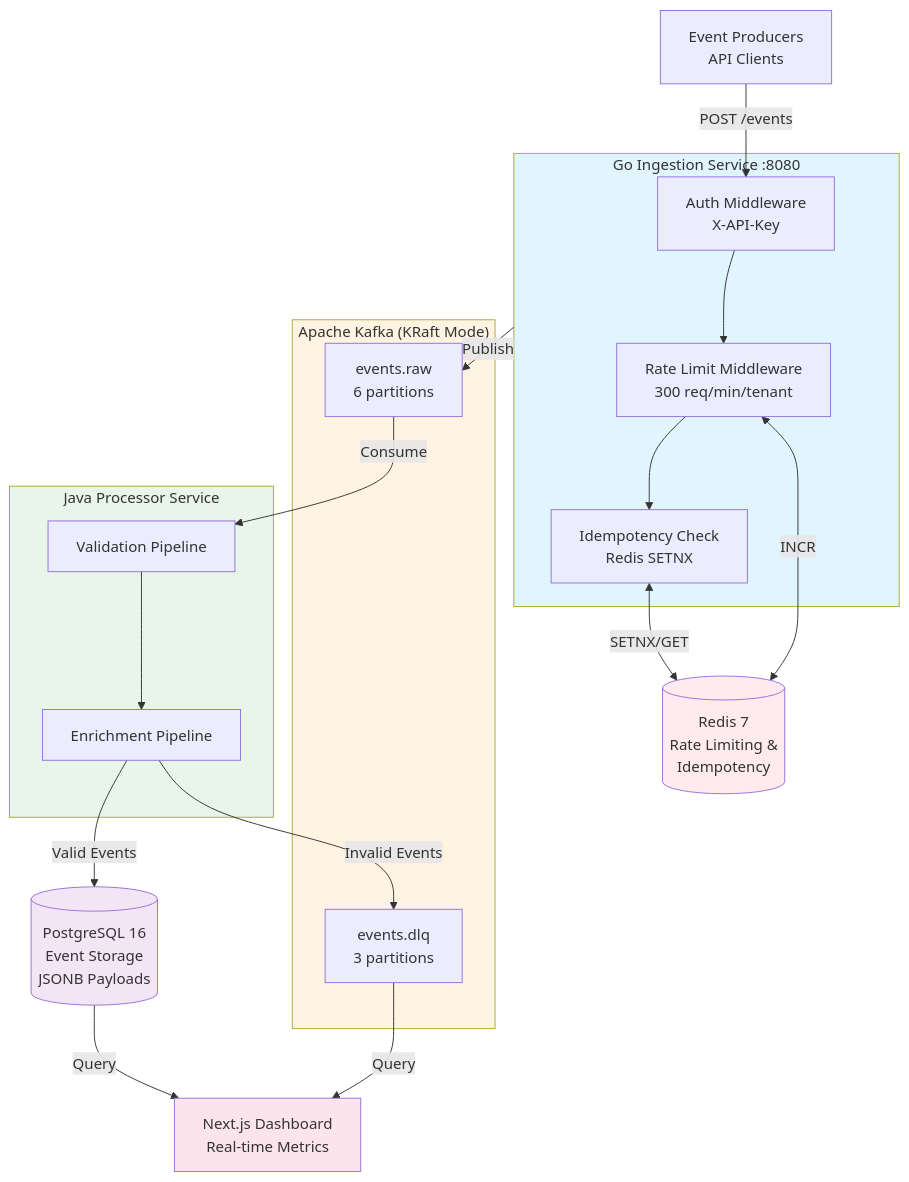
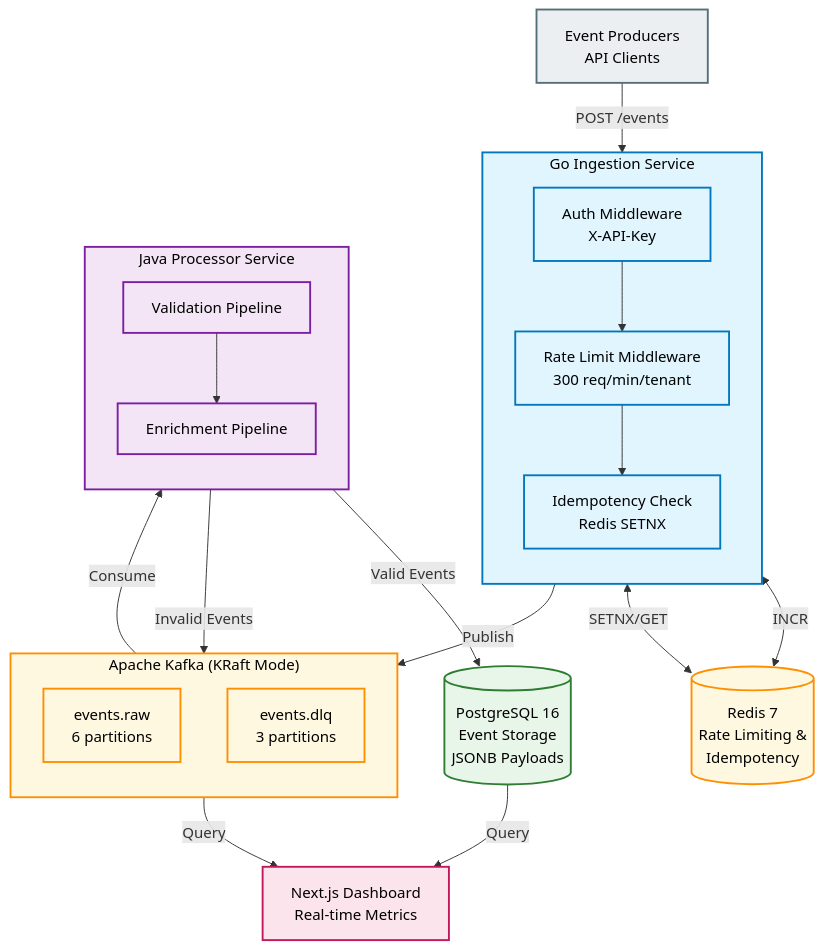
Before and after one commit to AnishK05/pulse-event-platform: the diagram in README.md, drawn with Mermaid.

Commit message:
updated readme v5

````diff
--- a/README.md
+++ b/README.md
@@ -26,45 +26,77 @@
 ```mermaid
-flowchart TB
-    Producers[Event Producers<br/>API Clients]
+flowchart TD
+    %% --- GLOBAL STYLING ---
+    %% All text colors forced to #000 (Black)
+
+    %% 1. Source Layer (Grey)
+    classDef source fill:#ECEFF1,stroke:#546E7A,stroke-width:2px,color:#000
     
-    subgraph Ingest["Go Ingestion Service :8080"]
-        Auth[Auth Middleware<br/>X-API-Key]
-        RateLimit[Rate Limit Middleware<br/>300 req/min/tenant]
-        Idempotency[Idempotency Check<br/>Redis SETNX]
+    %% 2. Ingestion Compute Layer (Blue)
+    classDef ingest fill:#E1F5FE,stroke:#0277BD,stroke-width:2px,color:#000
+    style Ingest fill:#E1F5FE,stroke:#0277BD,stroke-width:2px,color:#000
+
+    %% 3. Infrastructure/Queuing Layer (Amber)
+    classDef infra fill:#FFF8E1,stroke:#FF8F00,stroke-width:2px,color:#000
+    style Kafka fill:#FFF8E1,stroke:#FF8F00,stroke-width:2px,color:#000
+
+    %% 4. Processing Compute Layer (Purple)
+    classDef process fill:#F3E5F5,stroke:#7B1FA2,stroke-width:2px,color:#000
+    style Processor fill:#F3E5F5,stroke:#7B1FA2,stroke-width:2px,color:#000
+
+    %% 5. Persistence Layer (Green)
+    classDef db fill:#E8F5E9,stroke:#2E7D32,stroke-width:2px,color:#000
+
+    %% 6. Presentation Layer (Pink)
+    classDef view fill:#FCE4EC,stroke:#C2185B,stroke-width:2px,color:#000
+
+    %% --- NODES & SUBGRAPHS ---
+    
+    Producers[Event Producers<br/>API Clients]:::source
+
+    subgraph Ingest["Go Ingestion Service"]
+        direction TB
+        Auth[Auth Middleware<br/>X-API-Key]:::ingest
+        RateLimit[Rate Limit Middleware<br/>300 req/min/tenant]:::ingest
+        Idempotency[Idempotency Check<br/>Redis SETNX]:::ingest
         
         Auth --> RateLimit --> Idempotency
     end
     
+    Redis[(Redis 7<br/>Rate Limiting &<br/>Idempotency)]:::infra
+
     subgraph Kafka["Apache Kafka (KRaft Mode)"]
-        RawTopic[events.raw<br/>6 partitions]
-        DLQTopic[events.dlq<br/>3 partitions]
+        direction TB
+        RawTopic[events.raw<br/>6 partitions]:::infra
+        DLQTopic[events.dlq<br/>3 partitions]:::infra
     end
     
     subgraph Processor["Java Processor Service"]
-        Validation[Validation Pipeline]
-        Enrichment[Enrichment Pipeline]
+        direction TB
+        Validation[Validation Pipeline]:::process
+        Enrichment[Enrichment Pipeline]:::process
         
         Validation --> Enrichment
     end
     
-    Redis[(Redis 7<br/>Rate Limiting &<br/>Idempotency)]
-    Postgres[(PostgreSQL 16<br/>Event Storage<br/>JSONB Payloads)]
-    Dashboard[Next.js Dashboard<br/>Real-time Metrics]
+    Postgres[(PostgreSQL 16<br/>Event Storage<br/>JSONB Payloads)]:::db
+    Dashboard[Next.js Dashboard<br/>Real-time Metrics]:::view
     
+    %% --- CONNECTIONS ---
     Producers -->|POST /events| Auth
+    
+    %% Redis Interactions
+    RateLimit <-->|INCR| Redis
     Idempotency <-->|SETNX/GET| Redis
-    RateLimit <-->|INCR| Redis
-    Ingest -->|Publish| RawTopic
+    
+    %% Messaging Flow
+    Idempotency -->|Publish| RawTopic
     RawTopic -->|Consume| Validation
+    
+    %% Processing Flow
     Enrichment -->|Valid Events| Postgres
     Enrichment -->|Invalid Events| DLQTopic
+    
+    %% Dashboard Data Source
     Postgres -->|Query| Dashboard
     DLQTopic -->|Query| Dashboard
-    
-    style Ingest fill:#e1f5ff
-    style Kafka fill:#fff4e1
-    style Processor fill:#e8f5e9
-    style Redis fill:#ffebee
-    style Postgres fill:#f3e5f5
-    style Dashboard fill:#fce4ec
 ```
````
